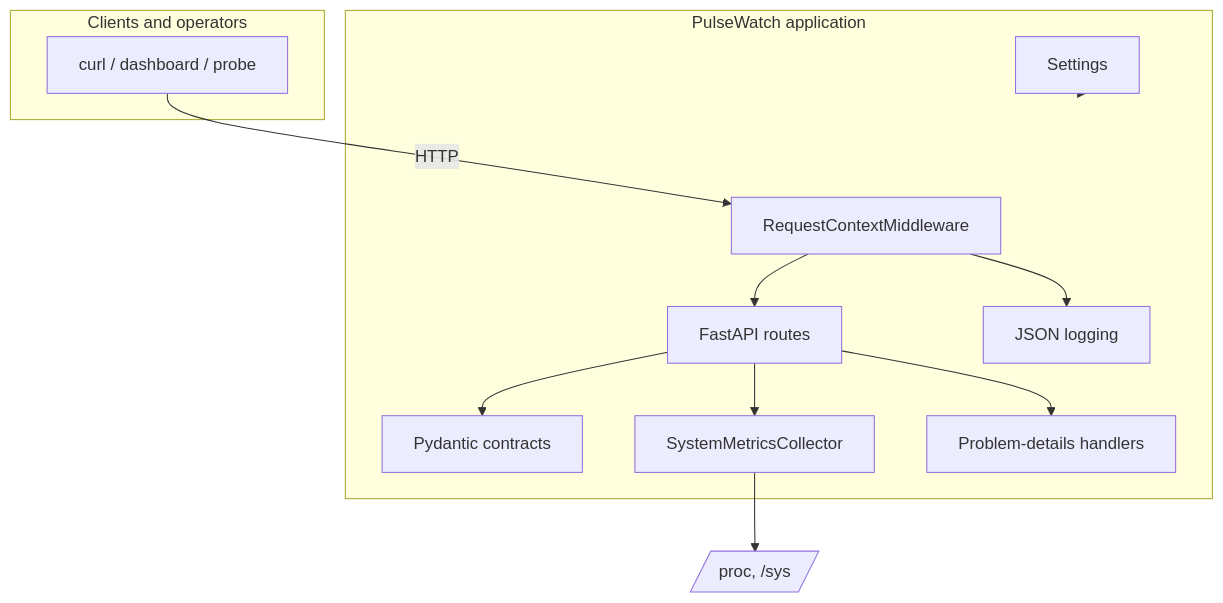
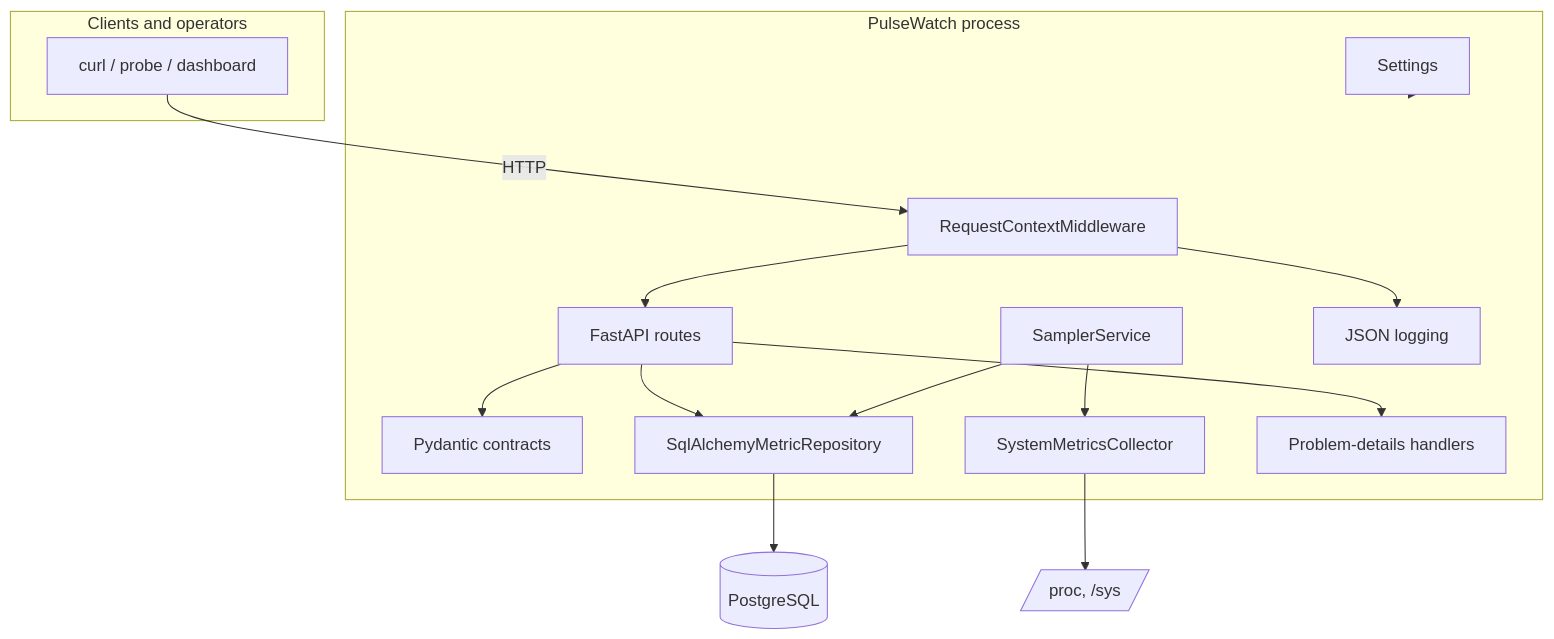
Before and after one commit to sirsona/pulsewatch: the diagram in docs/architecture.md, drawn with Mermaid. The commit also changed other lines of this file and 6 other files, not shown here.

````diff
--- a/docs/architecture.md
+++ b/docs/architecture.md
@@ -16,25 +18,30 @@
 ```mermaid
 flowchart TD
     subgraph client["Clients and operators"]
-        operator[curl / dashboard / probe]
+        operator[curl / probe / dashboard]
     end
 
-    subgraph app["PulseWatch application"]
+    subgraph app["PulseWatch process"]
         mw[RequestContextMiddleware]
         routes[FastAPI routes]
         schemas[Pydantic contracts]
+        sampler[SamplerService]
         collector[SystemMetricsCollector]
+        repo[SqlAlchemyMetricRepository]
         config[Settings]
         logging[JSON logging]
         errors[Problem-details handlers]
     end
 
     operator -->|HTTP| mw
     mw --> routes
     routes --> schemas
-    routes --> collector
-    collector --> virtual[/proc, /sys/]
+    routes --> repo
     routes --> errors
+    sampler --> collector
+    sampler --> repo
+    collector --> proc[/proc, /sys/]
+    repo --> postgres[(PostgreSQL)]
+    config --> app
     mw --> logging
-    config --> app
 ```
````
